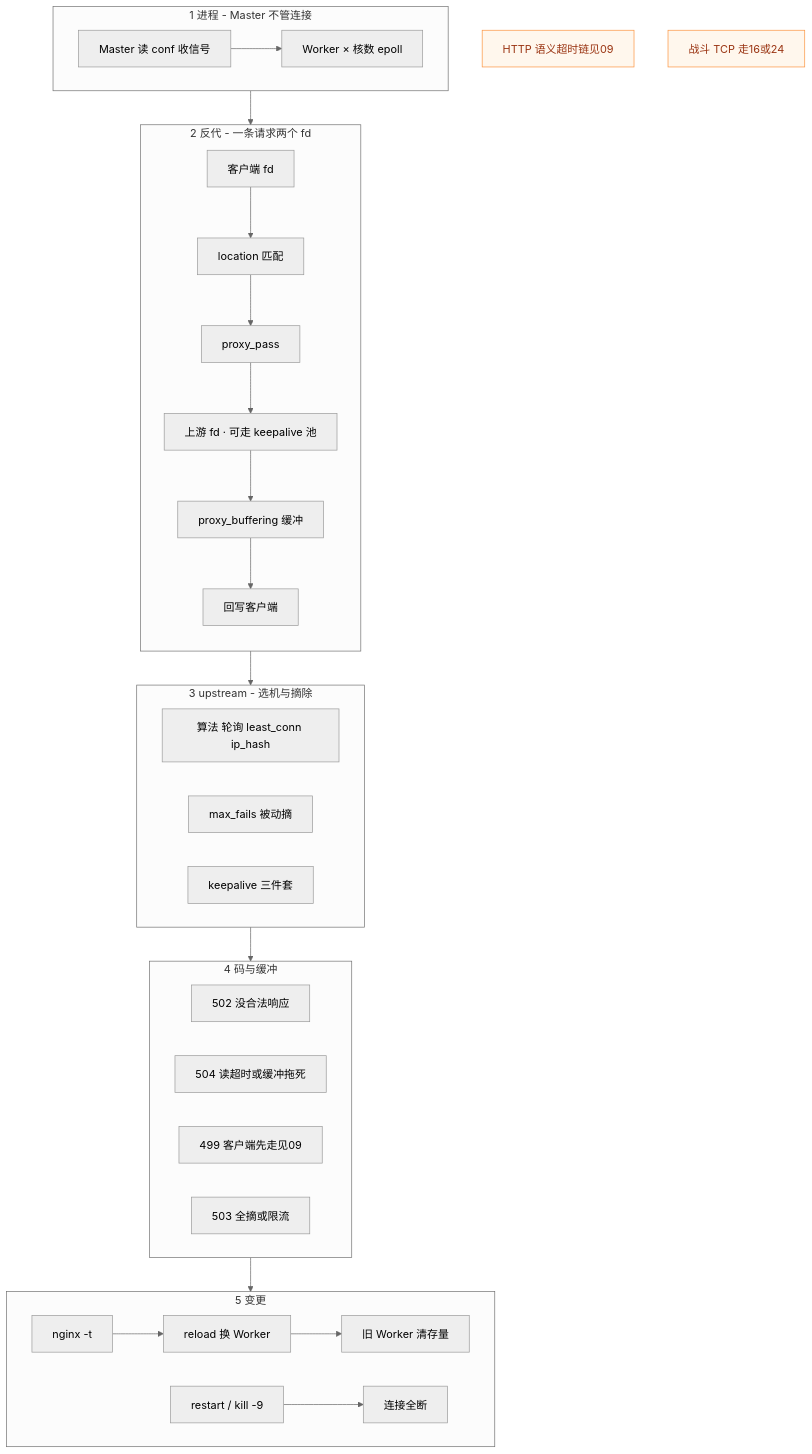
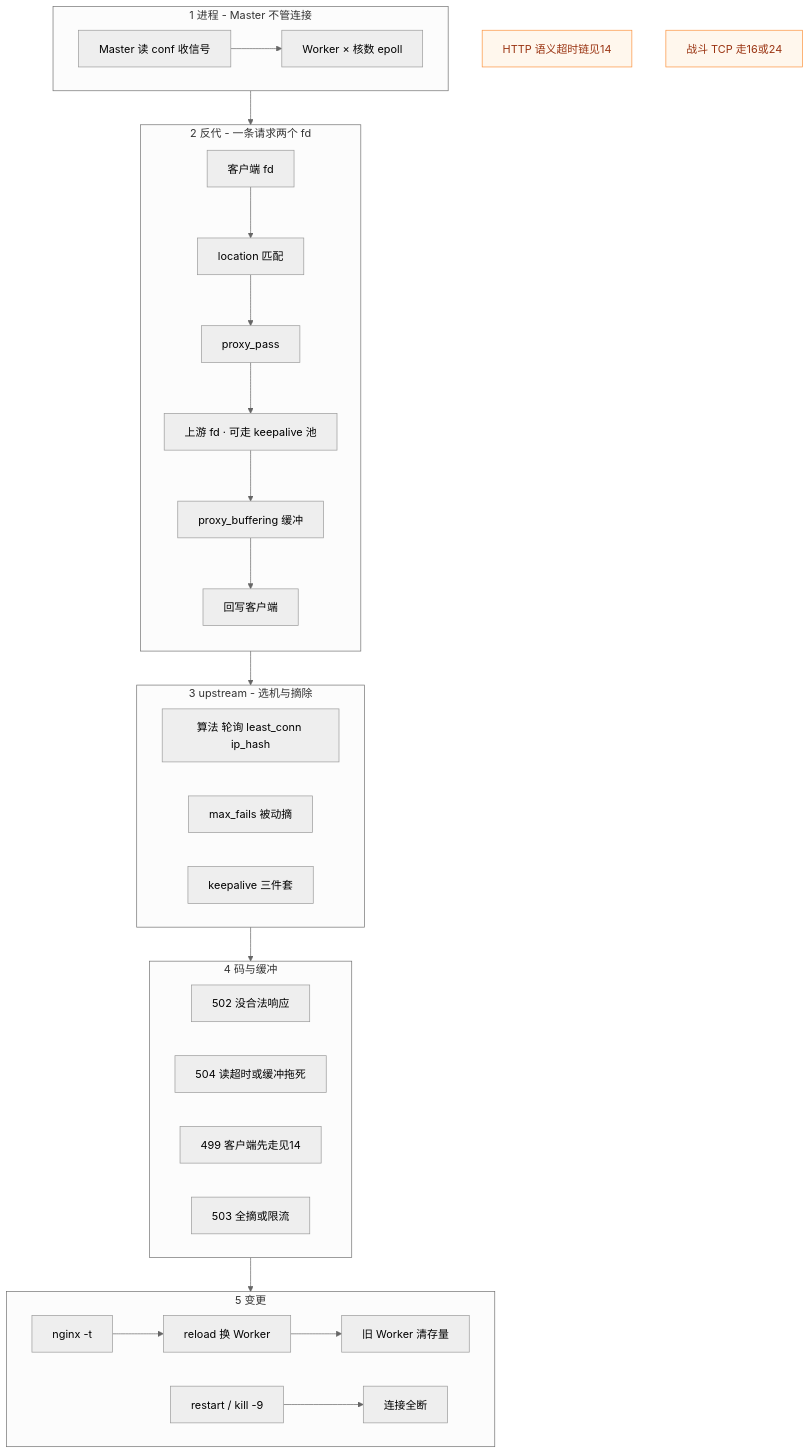
The first of 5 diagrams in 01-基础底座/19-Nginx/知识点.md (ml-cuizijun/LearnToLilith), drawn with Mermaid (neutral theme) before and after one commit. The commit also changed other lines of this file and 56 other files, not shown here.

````diff
--- a/01-基础底座/19-Nginx/知识点.md
+++ b/01-基础底座/19-Nginx/知识点.md
@@ -60,52 +60,52 @@
 ```mermaid
 flowchart TB
     classDef proc fill:#1D4ED8,stroke:#1E3A8A,color:#fff
     classDef path fill:#047857,stroke:#065F46,color:#fff
     classDef pool fill:#C2410C,stroke:#9A3412,color:#fff
     classDef ops fill:#7C3AED,stroke:#5B21B6,color:#fff
     classDef note fill:#FFF7ED,stroke:#FB923C,color:#9A3412
 
     subgraph PROC["1 进程 - Master 不管连接"]
         direction LR
         M["Master 读 conf 收信号"] --> W["Worker × 核数 epoll"]
     end
 
     subgraph PATH["2 反代 - 一条请求两个 fd"]
         direction TB
         C["客户端 fd"] --> L["location 匹配"]
         L --> P["proxy_pass"]
         P --> U["上游 fd · 可走 keepalive 池"]
         U --> B["proxy_buffering 缓冲"]
         B --> R["回写客户端"]
     end
 
     subgraph POOL["3 upstream - 选机与摘除"]
         direction LR
         A1["算法 轮询 least_conn ip_hash"]
         A2["max_fails 被动摘"]
         A3["keepalive 三件套"]
     end
 
     subgraph CODE["4 码与缓冲"]
         direction LR
         K1["502 没合法响应"]
         K2["504 读超时或缓冲拖死"]
-        K3["499 客户端先走见09"]
+        K3["499 客户端先走见14"]
         K4["503 全摘或限流"]
     end
 
     subgraph CHANGE["5 变更"]
         direction LR
         T["nginx -t"] --> RL["reload 换 Worker"]
         RL --> OK["旧 Worker 清存量"]
         BAD["restart / kill -9"] --> CUT["连接全断"]
     end
 
     PROC --> PATH
     PATH --> POOL
     POOL --> CODE
     CODE --> CHANGE
 
-    N1["HTTP 语义超时链见09"]:::note
+    N1["HTTP 语义超时链见14"]:::note
     N2["战斗 TCP 走16或24"]:::note
 ```
````
